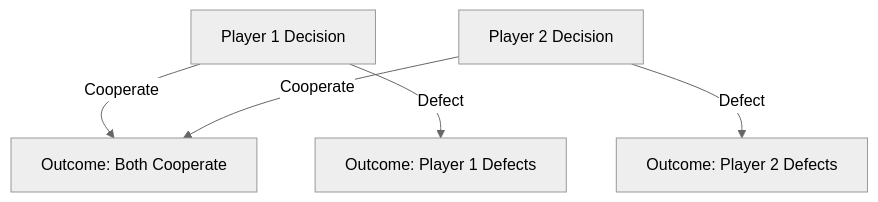
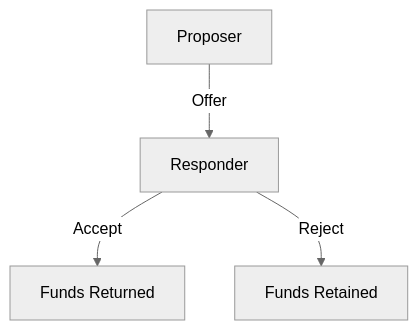
One commit to nadeemb53/circles-ink changed the sixth of 7 diagrams in virality-framework-doc/README.md. Above: the diagram before and after it, drawn with Mermaid (neutral theme). The commit also changed other lines of this file, not shown here.

````diff
--- a/virality-framework-doc/README.md
+++ b/virality-framework-doc/README.md
@@ -522,7 +538,6 @@
 ```mermaid
 graph TD
-    P1[Player 1 Decision] -->|Cooperate| Outcome1[Outcome: Both Cooperate]
-    P1 -->|Defect| Outcome2[Outcome: Player 1 Defects]
-    P2[Player 2 Decision] -->|Cooperate| Outcome1
-    P2 -->|Defect| Outcome3[Outcome: Player 2 Defects]
+    Proposer -->|Offer| Responder
+    Responder -->|Accept| Outcome[Funds Returned]
+    Responder -->|Reject| Outcome2[Funds Retained]
 ```
````
